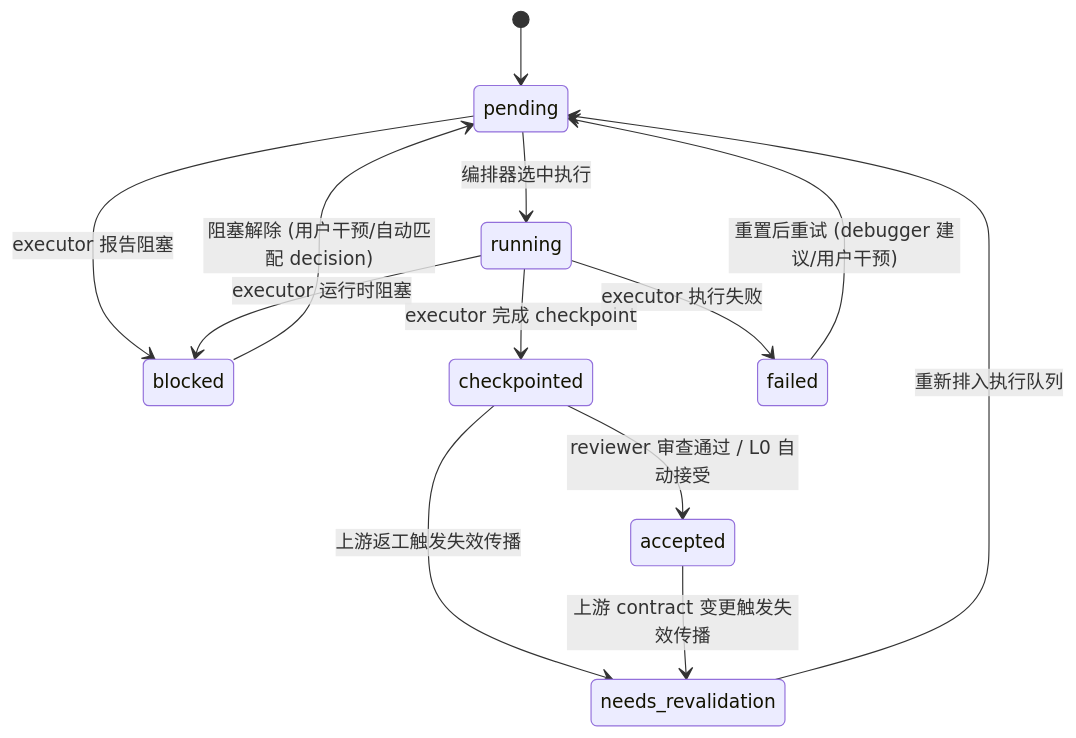
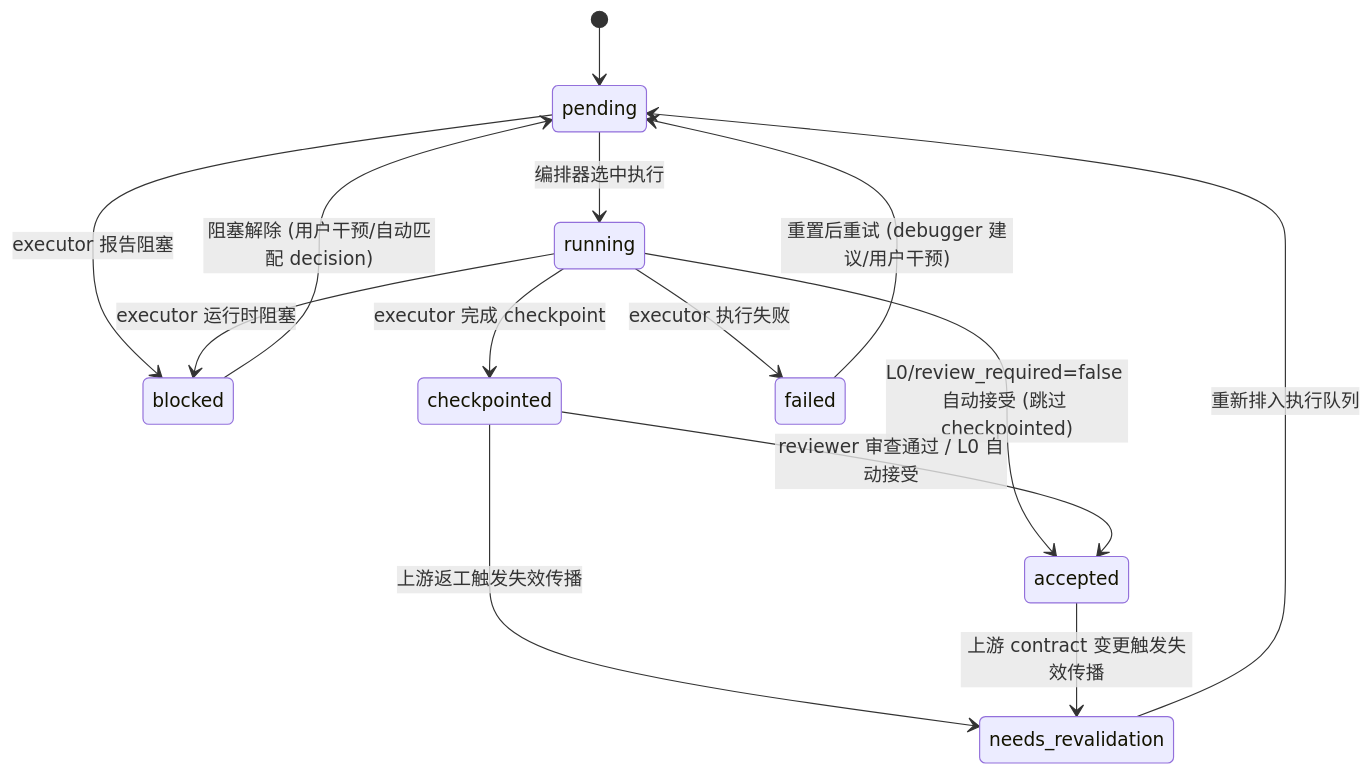
Before and after one commit to sdsrss/gsd-lite: the first of 4 diagrams in references/state-diagram.md, drawn with Mermaid. The commit also changed other lines of this file and 3 other files, not shown here.

````diff
--- a/references/state-diagram.md
+++ b/references/state-diagram.md
@@ -19,22 +19,23 @@
 ```mermaid
 stateDiagram-v2
     [*] --> pending
 
     pending --> running : 编排器选中执行
     pending --> blocked : executor 报告阻塞
 
     running --> checkpointed : executor 完成 checkpoint
+    running --> accepted : L0/review_required=false 自动接受 (跳过 checkpointed)
     running --> blocked : executor 运行时阻塞
     running --> failed : executor 执行失败
 
     checkpointed --> accepted : reviewer 审查通过 / L0 自动接受
     checkpointed --> needs_revalidation : 上游返工触发失效传播
 
     accepted --> needs_revalidation : 上游 contract 变更触发失效传播
 
     blocked --> pending : 阻塞解除 (用户干预/自动匹配 decision)
 
     failed --> pending : 重置后重试 (debugger 建议/用户干预)
 
     needs_revalidation --> pending : 重新排入执行队列
 ```
````
